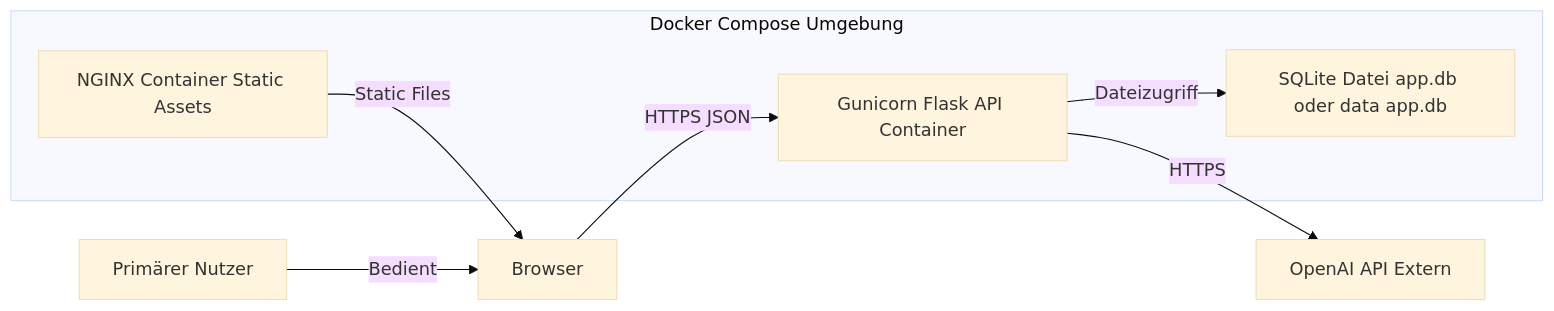
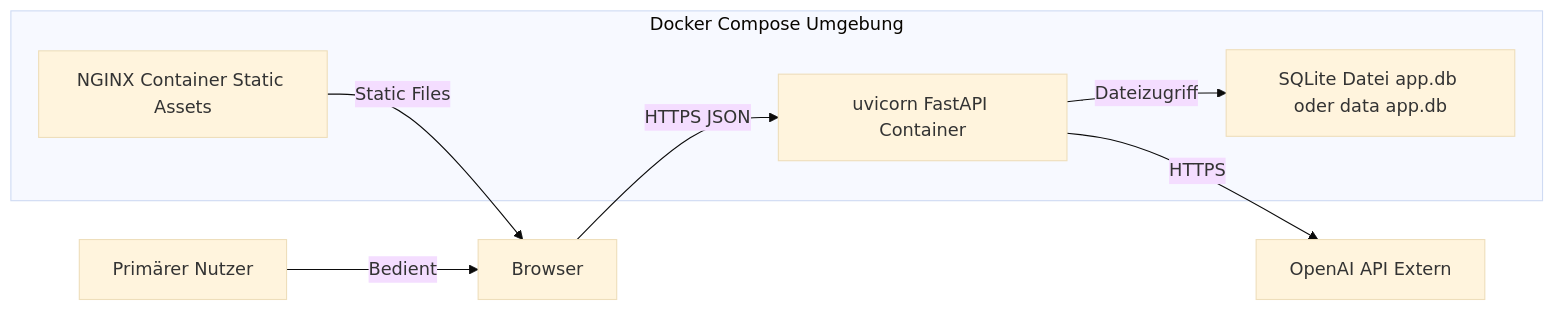
One commit to Flissel/-req-orchestrator changed the second of 5 diagrams in docs/architecture/C4.md. Above: the diagram before and after it, drawn with Mermaid (base theme). The commit also changed other lines of this file and 18 other files, not shown here.

First line of the commit message:
docs: remove stale internal docs and fix 305 backend_app/Flask/Gunicorn refs

````diff
--- a/docs/architecture/C4.md
+++ b/docs/architecture/C4.md
@@ -25,17 +25,17 @@
 ```mermaid
 flowchart LR
   subgraph Docker Compose Umgebung
     nginx[NGINX Container Static Assets]
-    flask[Gunicorn Flask API Container]
+    fastapi[uvicorn FastAPI Container]
     sqlite[SQLite Datei app.db oder data app.db]
   end
   user[Primärer Nutzer]
   browser[Browser]
   openai[OpenAI API Extern]
 
   user -->|Bedient| browser
   nginx -->|Static Files| browser
-  browser -->|HTTPS JSON| flask
-  flask -->|Dateizugriff| sqlite
-  flask -->|HTTPS| openai
+  browser -->|HTTPS JSON| fastapi
+  fastapi -->|Dateizugriff| sqlite
+  fastapi -->|HTTPS| openai
 ```
````
